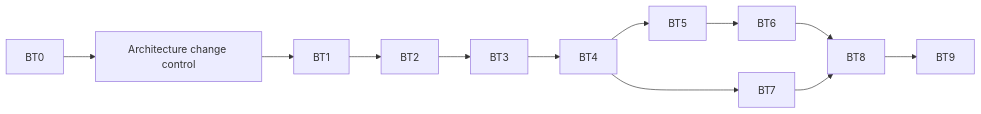
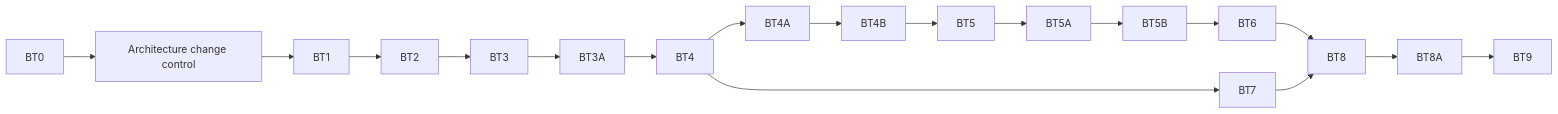
The diagram in docs/gotrader-backtest/bt0-implementation-roadmap.md (andreduval-png/gotrader-lab), drawn with Mermaid before and after one commit. The commit also changed other lines of this file and 8 other files, not shown here.

````diff
--- a/docs/gotrader-backtest/bt0-implementation-roadmap.md
+++ b/docs/gotrader-backtest/bt0-implementation-roadmap.md
@@ -85,14 +121,20 @@
 ```mermaid
 flowchart LR
   BT0 --> ACC["Architecture change control"]
   ACC --> BT1
   BT1 --> BT2
   BT2 --> BT3
-  BT3 --> BT4
-  BT4 --> BT5
-  BT5 --> BT6
+  BT3 --> BT3A
+  BT3A --> BT4
+  BT4 --> BT4A
+  BT4A --> BT4B
+  BT4B --> BT5
+  BT5 --> BT5A
+  BT5A --> BT5B
+  BT5B --> BT6
   BT4 --> BT7
   BT6 --> BT8
   BT7 --> BT8
-  BT8 --> BT9
+  BT8 --> BT8A
+  BT8A --> BT9
 ```
````
